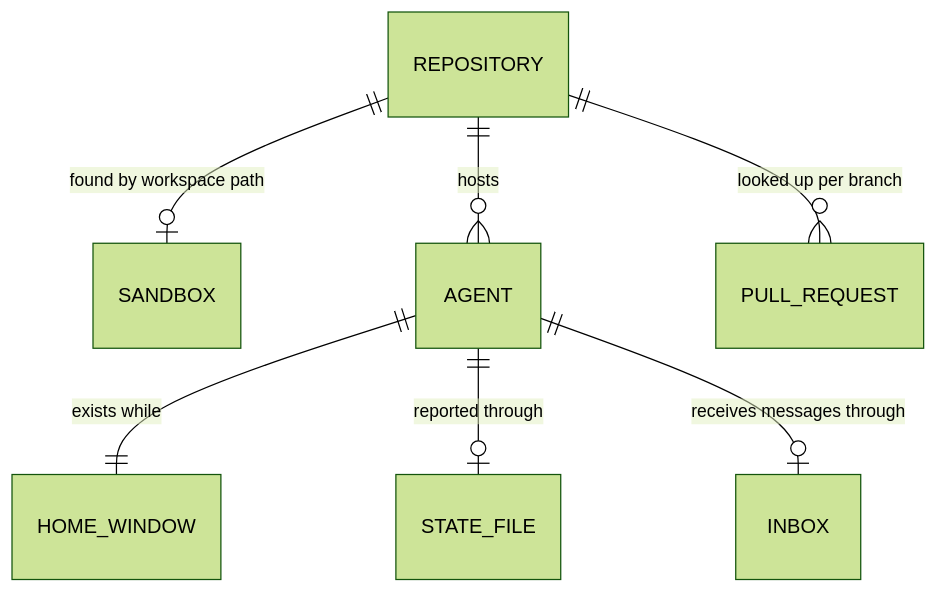
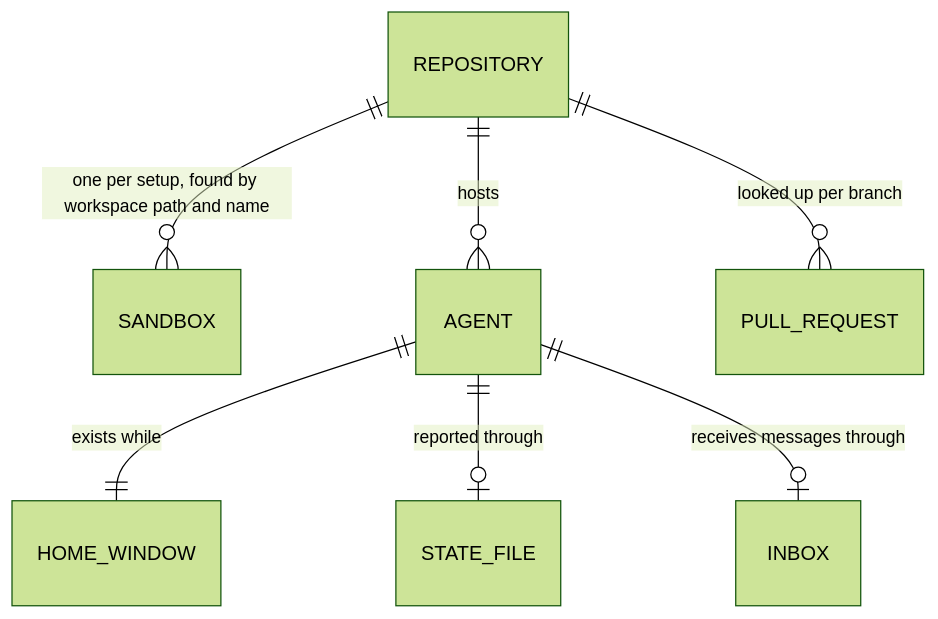
One commit to rkrysinski/hq changed the fourth of 4 diagrams in docs/design/hq.md. Above: the diagram before and after it, drawn with Mermaid (forest theme). The commit also changed other lines of this file and 4 other files, not shown here.

First line of the commit message:
Docs: setups, one sandbox per repository and setup (#135)

````diff
--- a/docs/design/hq.md
+++ b/docs/design/hq.md
@@ -344,9 +344,9 @@
 ```mermaid
 erDiagram
-    REPOSITORY ||--o| SANDBOX : "found by workspace path"
+    REPOSITORY ||--o{ SANDBOX : "one per setup, found by workspace path and name"
     REPOSITORY ||--o{ AGENT : hosts
     AGENT ||--|| HOME_WINDOW : "exists while"
     AGENT ||--o| STATE_FILE : "reported through"
     AGENT ||--o| INBOX : "receives messages through"
     REPOSITORY ||--o{ PULL_REQUEST : "looked up per branch"
 ```
````
